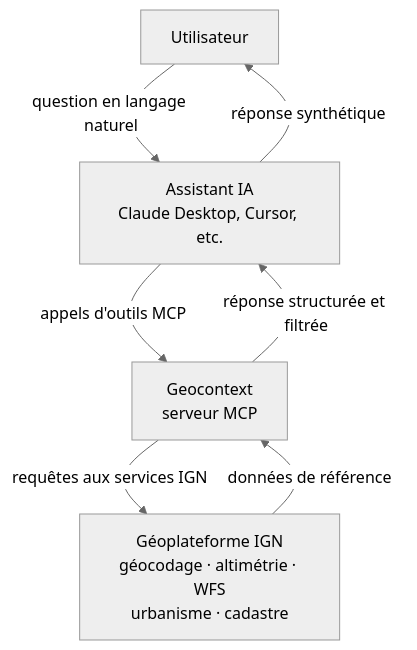
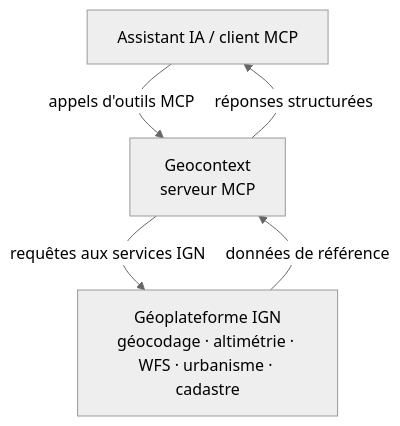
Before and after one commit to ignfab/geocontext: the diagram in README.md, drawn with Mermaid (neutral theme). The commit also changed other lines of this file, not shown here.

Commit message:
docs(readme): improve formatting and clarity of Geocontext features and usage examples

````diff
--- a/README.md
+++ b/README.md
@@ -193,14 +178,11 @@
 ```mermaid
 flowchart TB
-    user["Utilisateur"]
-    assistant["Assistant IA<br/>Claude Desktop, Cursor, etc."]
+    assistant["Assistant IA / client MCP"]
     geocontext["Geocontext<br/>serveur MCP"]
-    geopf["Géoplateforme IGN<br/>géocodage · altimétrie · WFS<br/>urbanisme · cadastre"]
+    geopf["Géoplateforme IGN<br/>géocodage · altimétrie · WFS · urbanisme · cadastre"]
 
-    user -->|"question en langage naturel"| assistant
     assistant -->|"appels d'outils MCP"| geocontext
     geocontext -->|"requêtes aux services IGN"| geopf
     geopf -->|"données de référence"| geocontext
-    geocontext -->|"réponse structurée et filtrée"| assistant
-    assistant -->|"réponse synthétique"| user
+    geocontext -->|"réponses structurées"| assistant
 ```
````
